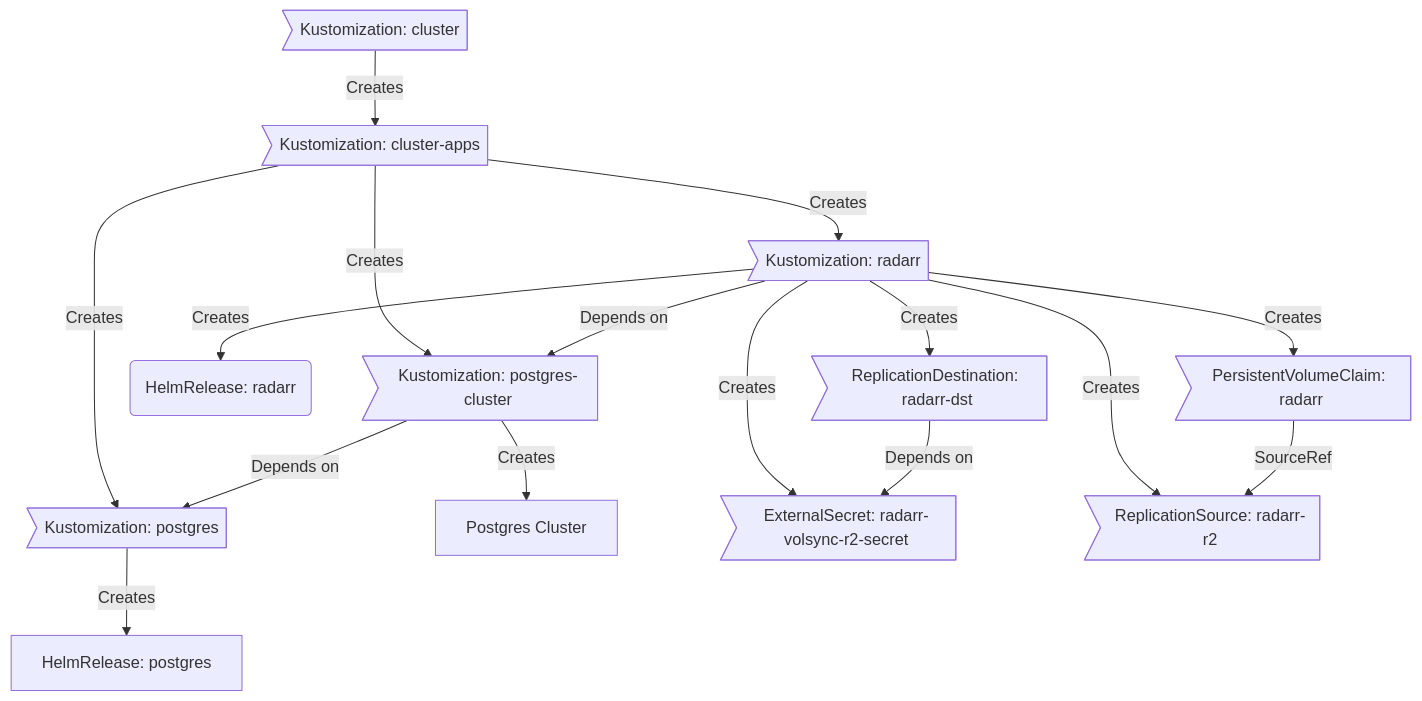
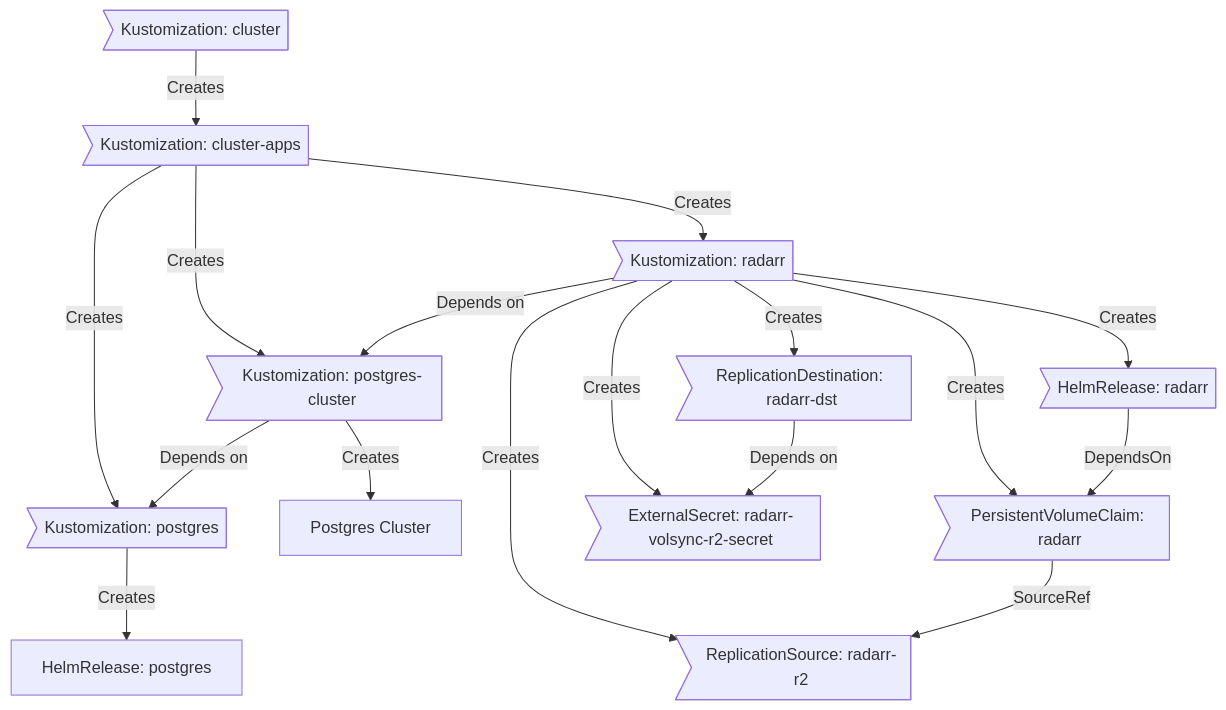
Before and after one commit to sob/home-ops: the diagram in README.md, drawn with Mermaid.

Commit message:
[README] add helmrelease dependency for pvc

````diff
--- a/README.md
+++ b/README.md
@@ -88,18 +88,19 @@
 ```mermaid
 graph TD;
   id1>Kustomization: cluster] -->|Creates| id2>Kustomization: cluster-apps];
   id2>Kustomization: cluster-apps] -->|Creates| id3>Kustomization: postgres];
   id2>Kustomization: cluster-apps] -->|Creates| id5>Kustomization: postgres-cluster]
   id2>Kustomization: cluster-apps] -->|Creates| id8>Kustomization: radarr]
   id3>Kustomization: postgres] -->|Creates| id4[HelmRelease: postgres];
   id5>Kustomization: postgres-cluster] -->|Depends on| id3>Kustomization: postgres];
   id5>Kustomization: postgres-cluster] -->|Creates| id10[Postgres Cluster];
   id8>Kustomization: radarr] -->|Creates| id9(HelmRelease: radarr);
   id8>Kustomization: radarr] -->|Creates| id11(PersistentVolumeClaim: radarr)
   id8>Kustomization: radarr] -->|Creates| id12(ExternalSecret: radarr-volsync-r2-secret)
   id8>Kustomization: radarr] -->|Creates| id13(ReplicationSource: radarr-r2)
   id8>Kustomization: radarr] -->|Creates| id14(ReplicationDestination: radarr-dst)
   id11>PersistentVolumeClaim: radarr] -->|SourceRef| id13>ReplicationSource: radarr-r2];
   id14>ReplicationDestination: radarr-dst] -->|Depends on| id12>ExternalSecret: radarr-volsync-r2-secret];
   id8>Kustomization: radarr] -->|Depends on| id5>Kustomization: postgres-cluster];
+  id9>HelmRelease: radarr] -->|DependsOn| id11>PersistentVolumeClaim: radarr];
 ```
````
